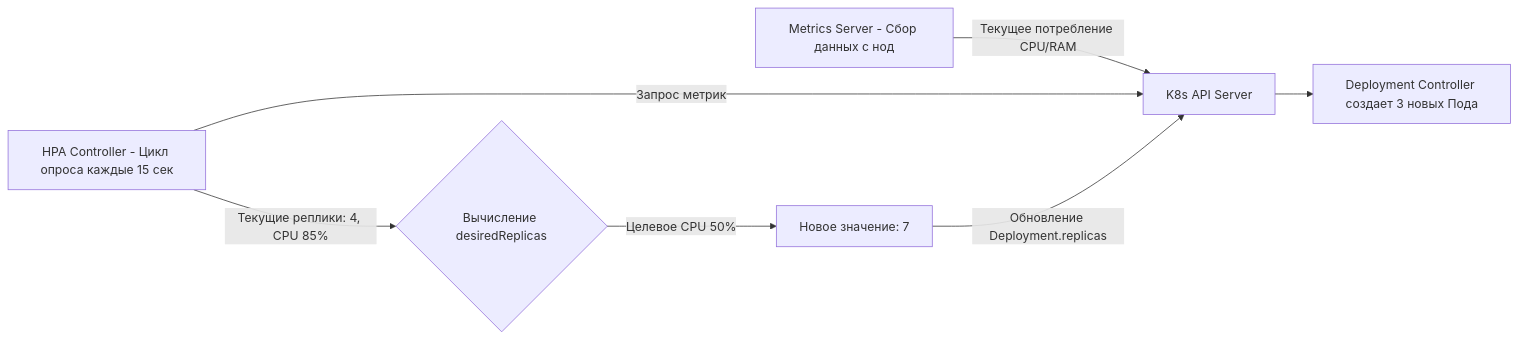
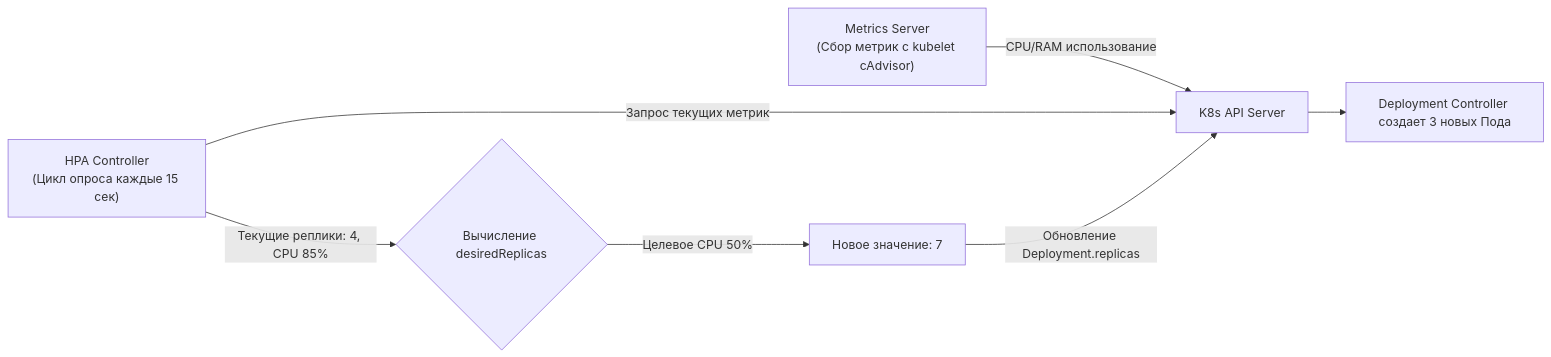
Before and after one commit to UnrealTemplier/go-textbook: the first of 5 diagrams in sources/19. Инфраструктура. Linux, nginx, Docker, Kubernetes/04. Kubernetes/5. Scaling и autoscaling.md, drawn with Mermaid. The commit also changed other lines of this file, not shown here.

````diff
--- a/sources/19. Инфраструктура. Linux, nginx, Docker, Kubernetes/04. Kubernetes/5. Scaling и autoscaling.md
+++ b/sources/19. Инфраструктура. Linux, nginx, Docker, Kubernetes/04. Kubernetes/5. Scaling и autoscaling.md
@@ -18,9 +20,9 @@
 ```mermaid
 flowchart LR
-    A["Metrics Server - Сбор данных с нод"] -->|"Текущее потребление CPU/RAM"| B["K8s API Server"]
-    C["HPA Controller - Цикл опроса каждые 15 сек"] -->|"Запрос метрик"| B
+    A["Metrics Server\n(Сбор метрик с kubelet cAdvisor)"] -->|"CPU/RAM использование"| B["K8s API Server"]
+    C["HPA Controller\n(Цикл опроса каждые 15 сек)"] -->|"Запрос текущих метрик"| B
     C -->|"Текущие реплики: 4, CPU 85%"| D{"Вычисление desiredReplicas"}
     D -->|"Целевое CPU 50%"| E["Новое значение: 7"]
     E -->|"Обновление Deployment.replicas"| B
     B --> F["Deployment Controller создает 3 новых Пода"]
 ```
````
